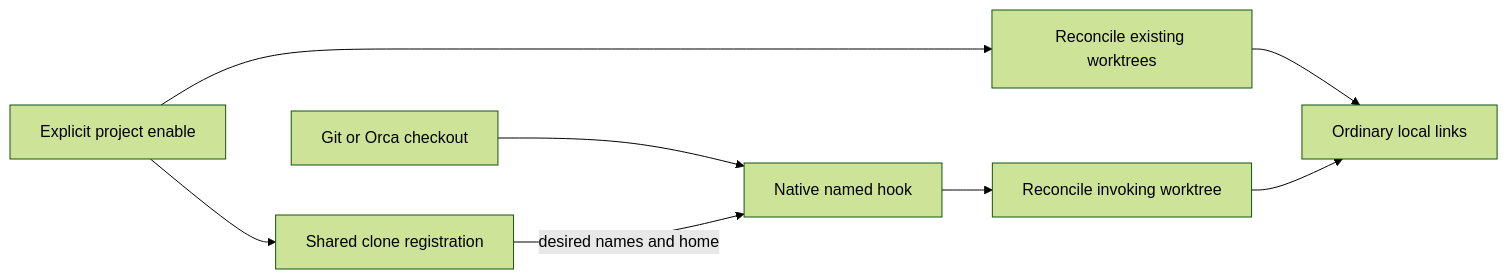
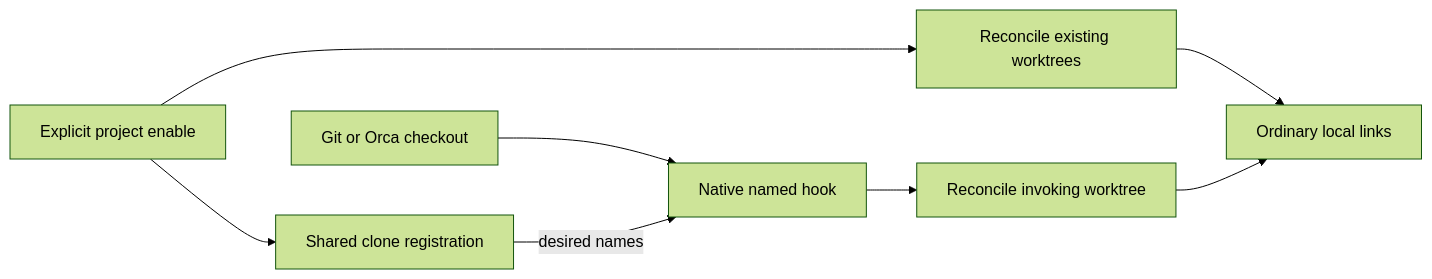
One commit to Incanus3/skillset-manager changed the diagram in docs/specs/2026-10-11-codex-project-enablement-design.md. Above: the diagram before and after it, drawn with Mermaid (forest theme). The commit also changed other lines of this file and 6 other files, not shown here.

````diff
--- a/docs/specs/2026-10-11-codex-project-enablement-design.md
+++ b/docs/specs/2026-10-11-codex-project-enablement-design.md
@@ -46,10 +46,10 @@
 ```mermaid
 flowchart LR
     Enable["Explicit project enable"] --> Registry["Shared clone registration"]
     Enable --> All["Reconcile existing worktrees"]
     Checkout["Git or Orca checkout"] --> Hook["Native named hook"]
-    Registry -->|"desired names and home"| Hook
+    Registry -->|"desired names"| Hook
     Hook --> One["Reconcile invoking worktree"]
     All --> Links["Ordinary local links"]
     One --> Links
 ```
````
